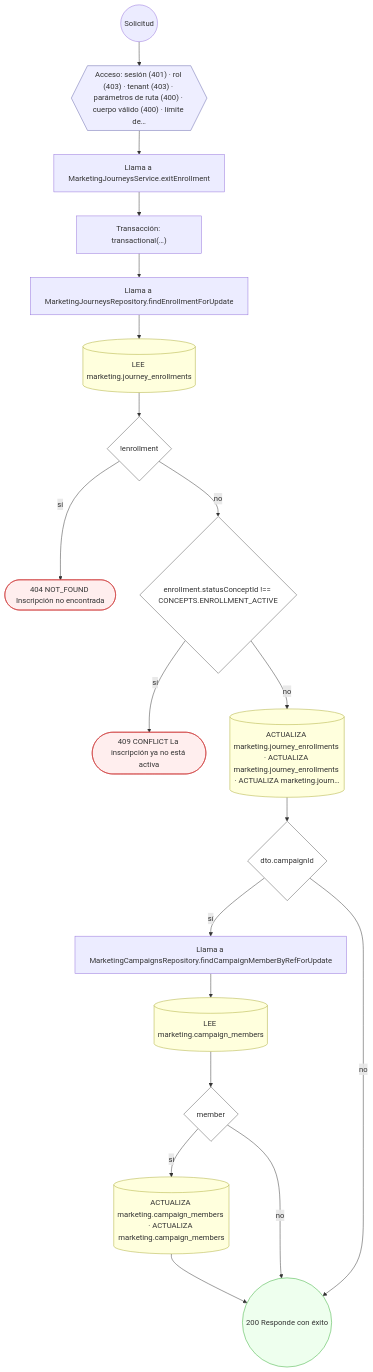
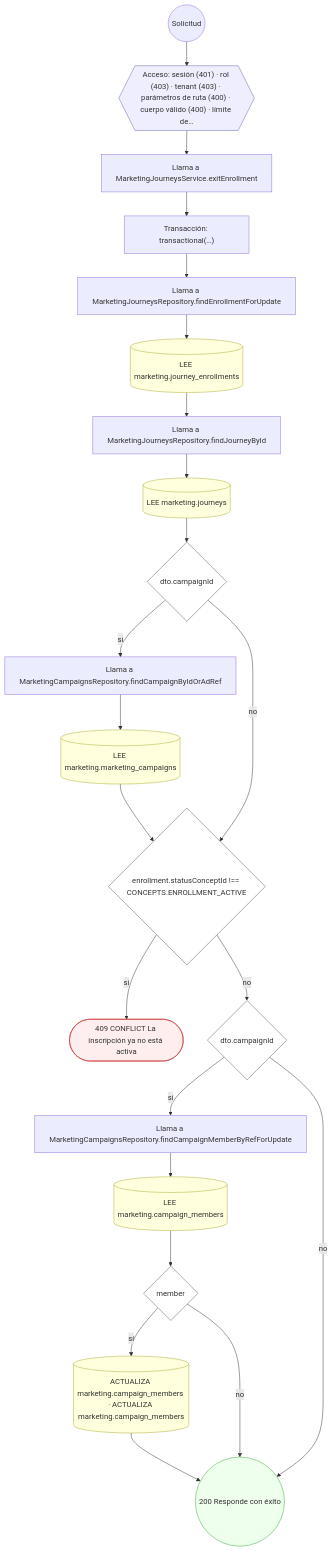
Before and after one commit to mdavila-2001/mantra-core-health-api: the seventh of 16 diagrams in docs/inventario/flujos/marketing.md, drawn with Mermaid. The commit also changed other lines of this file and 438 other files, not shown here.

````diff
--- a/docs/inventario/flujos/marketing.md
+++ b/docs/inventario/flujos/marketing.md
@@ -524,44 +544,49 @@
 ```mermaid
 flowchart TD
   n1(("Solicitud")):::inicio
   n2{{"Acceso: sesión (401) · rol (403) · tenant (403) · parámetros de ruta (400) · cuerpo válido (400) · límite de…"}}:::acceso
   n1 --> n2
   n3["Llama a MarketingJourneysService.exitEnrollment"]:::llamada
   n2 --> n3
   n4["Transacción: transactional(…)"]:::transaccion
   n3 --> n4
   n5["Llama a MarketingJourneysRepository.findEnrollmentForUpdate"]:::llamada
   n4 --> n5
   n6[("LEE marketing.journey_enrollments")]:::efecto
   n5 --> n6
-  n7{"!enrollment"}:::decision
+  n7["Llama a MarketingJourneysRepository.findJourneyById"]:::llamada
   n6 --> n7
-  n8(["404 NOT_FOUND Inscripción no encontrada"]):::error
-  n7 -->|"sí"| n8
-  n9{"enrollment.statusConceptId !== CONCEPTS.ENROLLMENT_ACTIVE"}:::decision
-  n7 -->|"no"| n9
-  n10(["409 CONFLICT La inscripción ya no está activa"]):::error
+  n8[("LEE marketing.journeys")]:::efecto
+  n7 --> n8
+  n9{"dto.campaignId"}:::decision
+  n8 --> n9
+  n10["Llama a MarketingCampaignsRepository.findCampaignByIdOrAdRef"]:::llamada
   n9 -->|"sí"| n10
-  n11[("ACTUALIZA marketing.journey_enrollments · ACTUALIZA marketing.journey_enrollments · ACTUALIZA marketing.journ…")]:::efecto
-  n9 -->|"no"| n11
-  n12{"dto.campaignId"}:::decision
+  n11[("LEE marketing.marketing_campaigns")]:::efecto
+  n10 --> n11
+  n12{"enrollment.statusConceptId !== CONCEPTS.ENROLLMENT_ACTIVE"}:::decision
   n11 --> n12
-  n13["Llama a MarketingCampaignsRepository.findCampaignMemberByRefForUpdate"]:::llamada
+  n9 -->|"no"| n12
+  n13(["409 CONFLICT La inscripción ya no está activa"]):::error
   n12 -->|"sí"| n13
-  n14[("LEE marketing.campaign_members")]:::efecto
-  n13 --> n14
-  n15{"member"}:::decision
-  n14 --> n15
-  n16[("ACTUALIZA marketing.campaign_members · ACTUALIZA marketing.campaign_members")]:::efecto
-  n15 -->|"sí"| n16
-  n17(("200 Responde con éxito")):::ok
+  n14{"dto.campaignId"}:::decision
+  n12 -->|"no"| n14
+  n15["Llama a MarketingCampaignsRepository.findCampaignMemberByRefForUpdate"]:::llamada
+  n14 -->|"sí"| n15
+  n16[("LEE marketing.campaign_members")]:::efecto
+  n15 --> n16
+  n17{"member"}:::decision
   n16 --> n17
-  n15 -->|"no"| n17
-  n12 -->|"no"| n17
+  n18[("ACTUALIZA marketing.campaign_members · ACTUALIZA marketing.campaign_members")]:::efecto
+  n17 -->|"sí"| n18
+  n19(("200 Responde con éxito")):::ok
+  n18 --> n19
+  n17 -->|"no"| n19
+  n14 -->|"no"| n19
   classDef acceso fill:#eef,stroke:#66a
   classDef error fill:#fee,stroke:#c33
   classDef ok fill:#efe,stroke:#3a3
   classDef efecto fill:#ffd,stroke:#aa3
   classDef decision fill:#fff,stroke:#555
   classDef corte fill:#eee,stroke:#999,stroke-dasharray: 4
 ```
````
